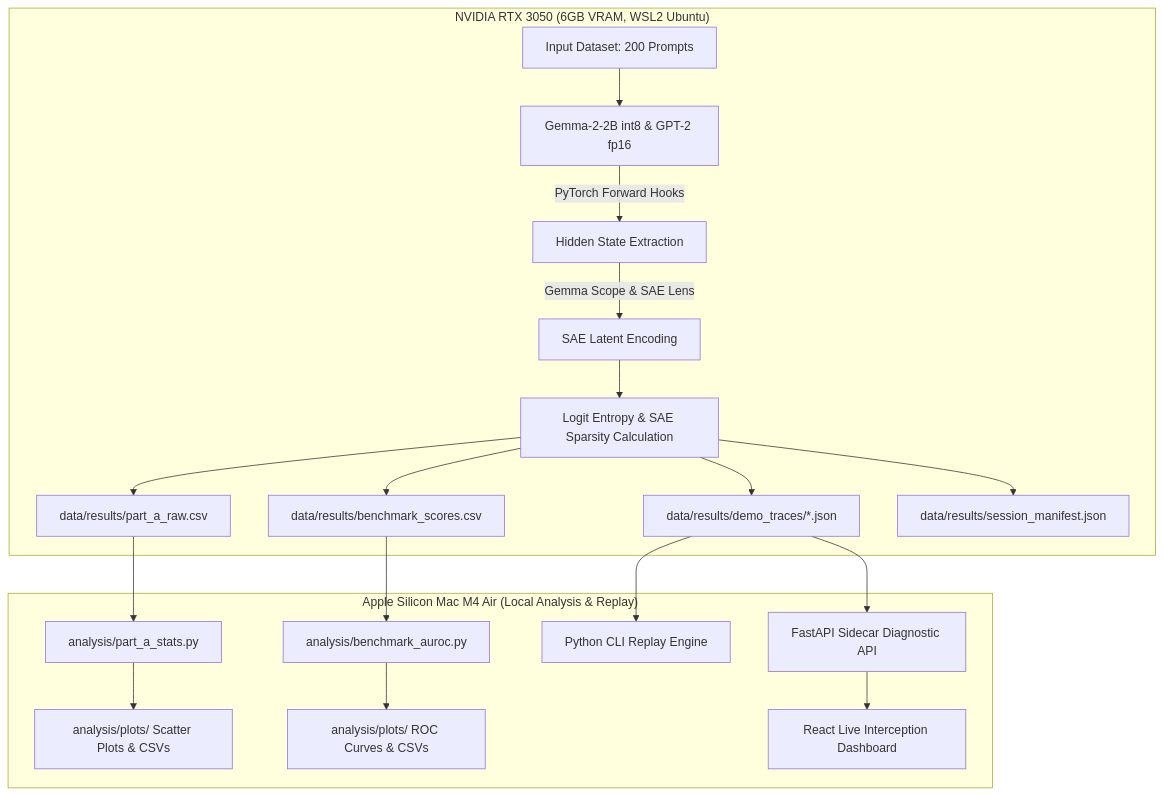
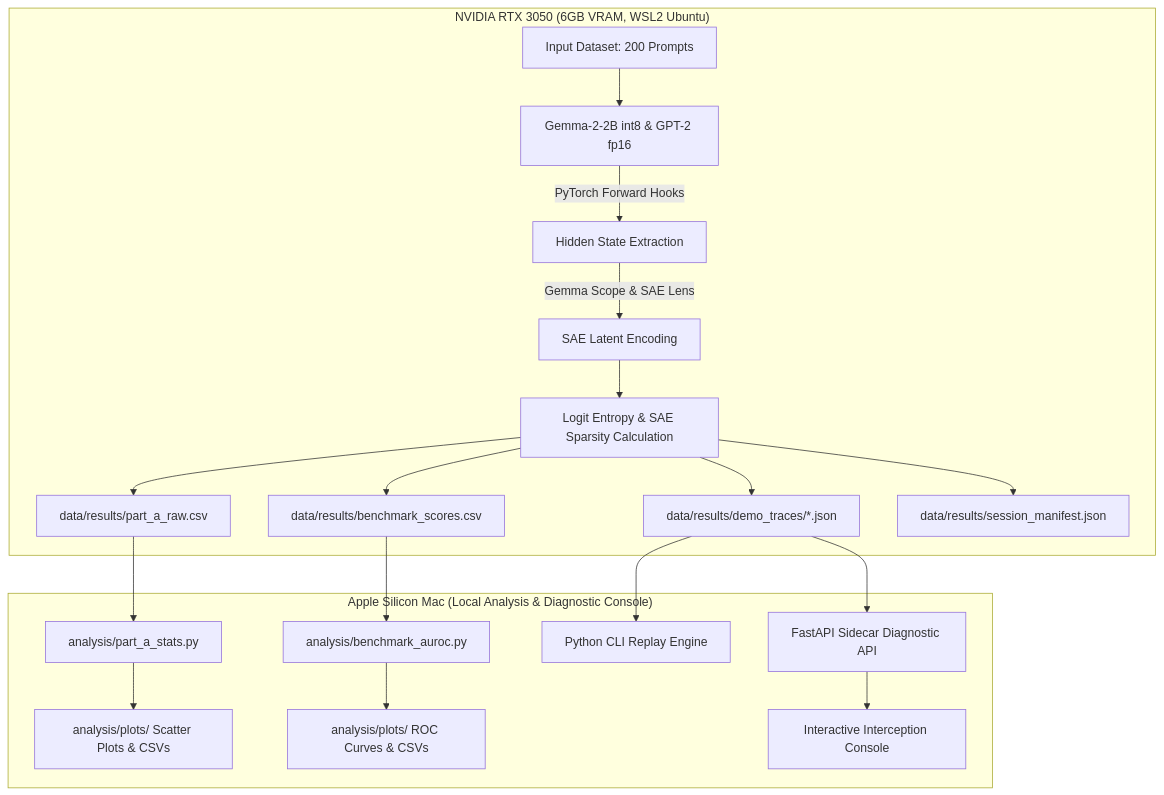
The diagram in README.md (TavishAgarwal/SynapseGuard), drawn with Mermaid before and after one commit. The commit also changed other lines of this file and 5 other files, not shown here.

````diff
--- a/README.md
+++ b/README.md
@@ -24,23 +31,23 @@
 ```mermaid
 flowchart TD
     subgraph GPU_Session["NVIDIA RTX 3050 (6GB VRAM, WSL2 Ubuntu)"]
         A[Input Dataset: 200 Prompts] --> B[Gemma-2-2B int8 & GPT-2 fp16]
         B -->|PyTorch Forward Hooks| C[Hidden State Extraction]
         C -->|Gemma Scope & SAE Lens| D[SAE Latent Encoding]
         D --> E[Logit Entropy & SAE Sparsity Calculation]
         E --> F[data/results/part_a_raw.csv]
         E --> G[data/results/benchmark_scores.csv]
         E --> H[data/results/demo_traces/*.json]
         E --> I[data/results/session_manifest.json]
     end
 
-    subgraph Mac_Environment["Apple Silicon Mac M4 Air (Local Analysis & Replay)"]
+    subgraph Mac_Environment["Apple Silicon Mac (Local Analysis & Diagnostic Console)"]
         F --> J[analysis/part_a_stats.py]
         G --> K[analysis/benchmark_auroc.py]
         J --> L[analysis/plots/ Scatter Plots & CSVs]
         K --> M[analysis/plots/ ROC Curves & CSVs]
         H --> N[Python CLI Replay Engine]
         H --> O[FastAPI Sidecar Diagnostic API]
-        O --> P[React Live Interception Dashboard]
+        O --> P[Interactive Interception Console]
     end
 ```
````
